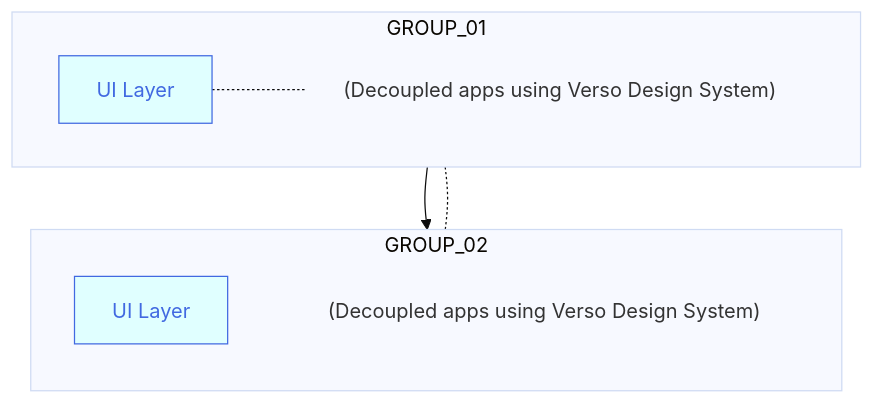
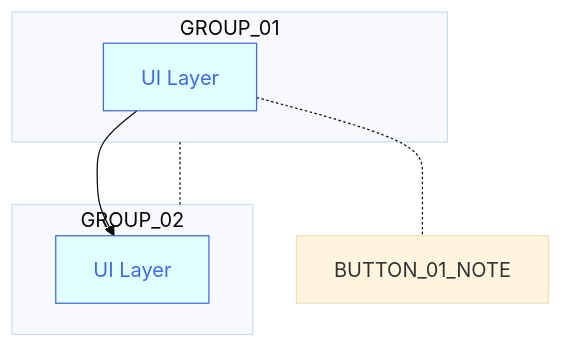
The diagram in buttons_mermaid_v5.md (joe-dorward/samples), drawn with Mermaid (base theme) before and after one commit.

````diff
--- a/buttons_mermaid_v5.md
+++ b/buttons_mermaid_v5.md
@@ -3,38 +3,38 @@
 ```mermaid
   %%{
     init: {
       "flowchart": { "markdownAutoWrap":"false", "textWrap":"false", "wrappingWidth": "100%" }
     }
   }%%
   flowchart TD
 
   classDef Button fill:lightcyan, stroke:royalblue, color:royalblue;
   classDef Note fill:transparent, stroke-width:0px
   %% ---------- ---------- ---------- ---------- ---------- ---------- ---------- ---------- ---------- ----------
   subgraph GROUP_01
-    direction LR
+    %%direction LR
 
     BUTTON_01["UI Layer"]:::Button
     click BUTTON_01 "https://en.wikipedia.org/wiki/Main_Page" _blank
-    BUTTON_01_NOTE["(Decoupled apps using Verso Design System)"]:::Note
+    %%BUTTON_01_NOTE["(Decoupled apps using Verso Design System)"]:::Note
 
     %%BUTTON_01~~~
     %%BUTTON_01_NOTE
   end
 
   subgraph GROUP_02
-    direction TD
+    %%direction TD
 
     BUTTON_02["UI Layer"]:::Button
     click BUTTON_02 "https://en.wikipedia.org/wiki/Main_Page" _blank
-    BUTTON_02_NOTE["(Decoupled apps using Verso Design System)"]:::Note
+    %%BUTTON_02_NOTE["(Decoupled apps using Verso Design System)"]:::Note
 
     %%BUTTON_02~~~
     %%BUTTON_02_NOTE
   end
 
 GROUP_01-.-GROUP_02
 
 BUTTON_01-->BUTTON_02
 BUTTON_01-.-BUTTON_01_NOTE
 ```
````
